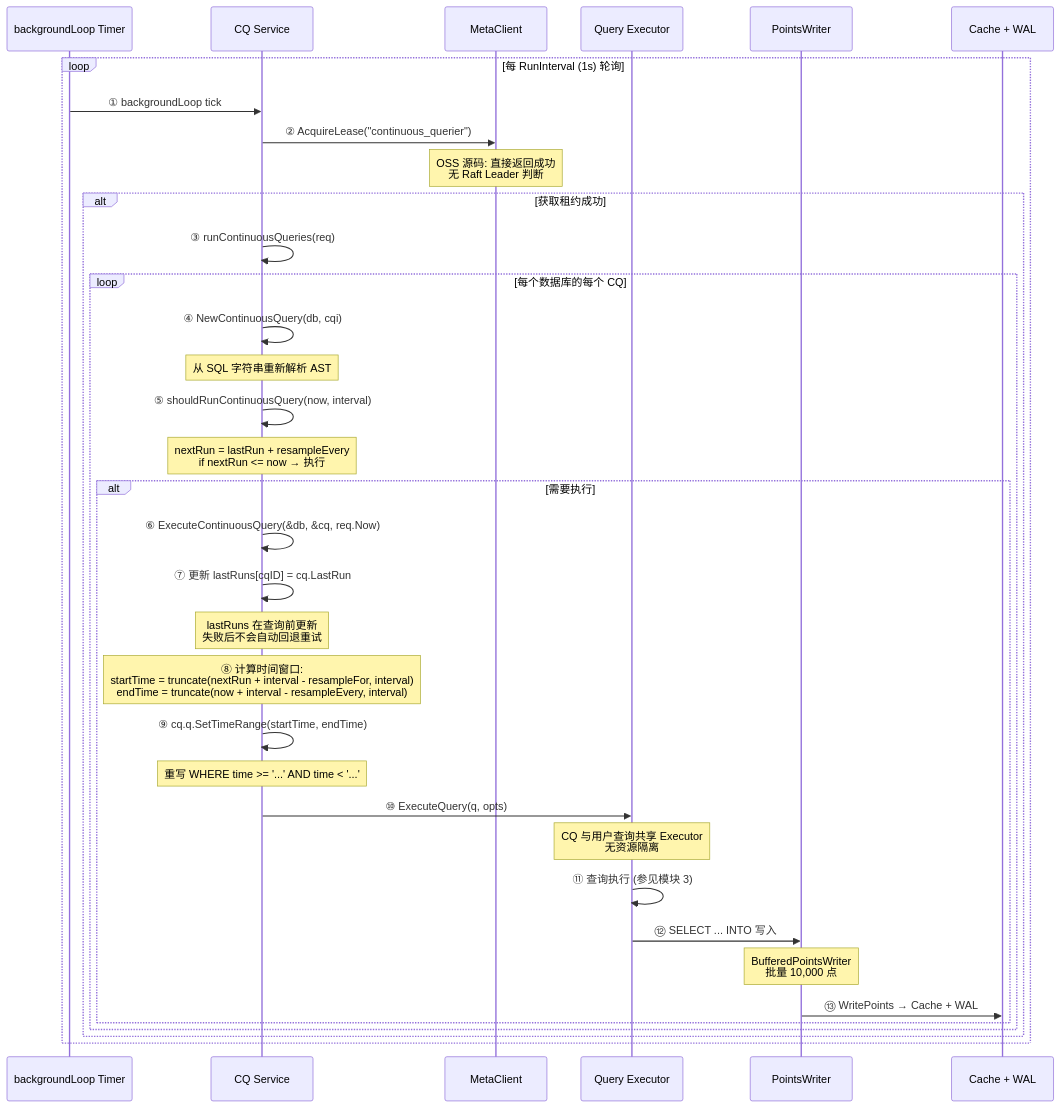
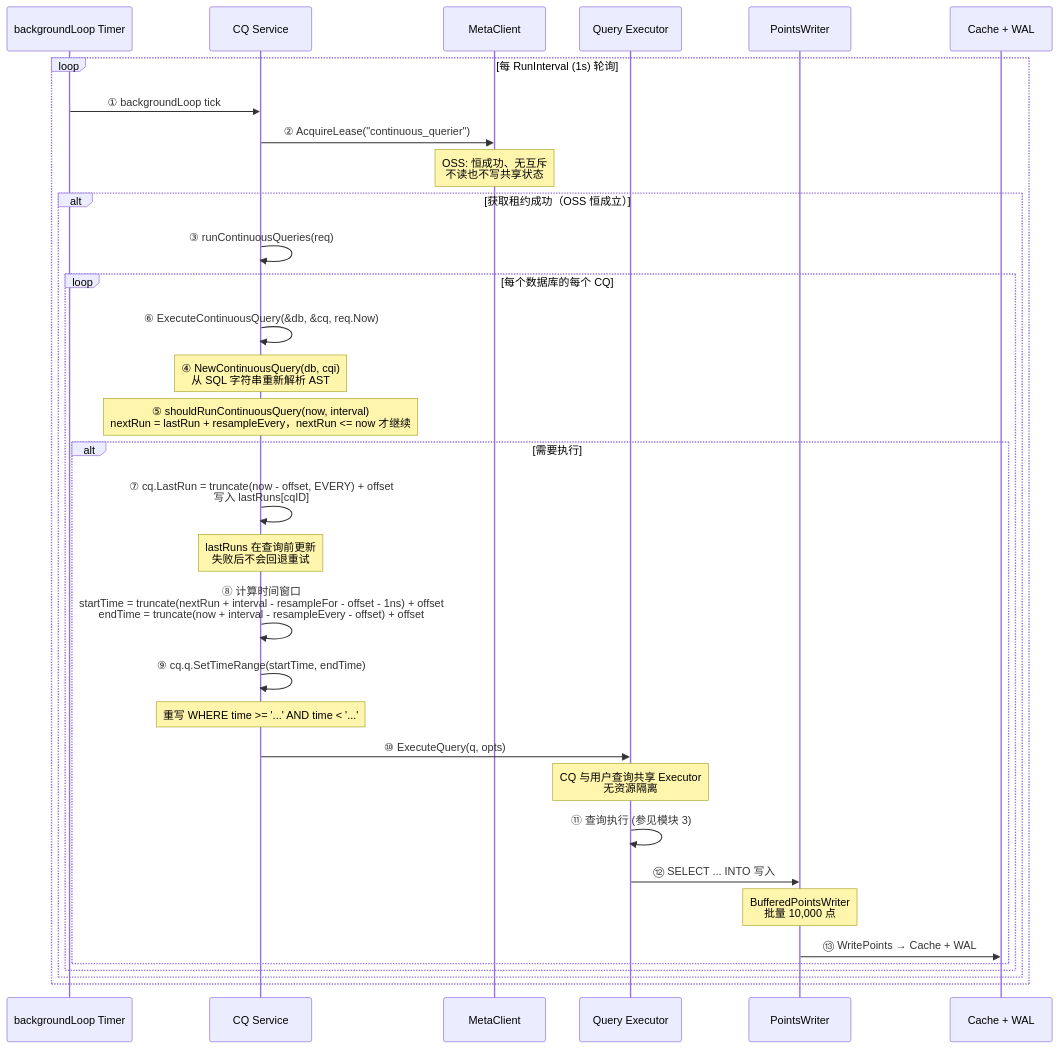
Before and after one commit to stefanv5/influxdb: the first of 16 diagrams in docs/specs/05_downsampling_spec.md, drawn with Mermaid. The commit also changed other lines of this file and 16 other files, not shown here.

First line of the commit message:
docs: correct and deepen the 17 architecture specs

````diff
--- a/docs/specs/05_downsampling_spec.md
+++ b/docs/specs/05_downsampling_spec.md
@@ -17,45 +17,42 @@
 ```mermaid
 sequenceDiagram
     participant Timer as backgroundLoop Timer
     participant Service as CQ Service
     participant MetaClient as MetaClient
     participant Executor as Query Executor
     participant PointsWriter as PointsWriter
     participant Cache as Cache + WAL
 
     loop 每 RunInterval (1s) 轮询
         Timer->>Service: ① backgroundLoop tick
         Service->>MetaClient: ② AcquireLease("continuous_querier")
-        Note over MetaClient: OSS 源码: 直接返回成功<br>无 Raft Leader 判断
+        Note over MetaClient: OSS: 恒成功、无互斥<br>不读也不写共享状态
 
-        alt 获取租约成功
+        alt 获取租约成功（OSS 恒成立）
             Service->>Service: ③ runContinuousQueries(req)
             loop 每个数据库的每个 CQ
-                Service->>Service: ④ NewContinuousQuery(db, cqi)
-                Note over Service: 从 SQL 字符串重新解析 AST
-
-                Service->>Service: ⑤ shouldRunContinuousQuery(now, interval)
-                Note over Service: nextRun = lastRun + resampleEvery<br>if nextRun <= now → 执行
+                Service->>Service: ⑥ ExecuteContinuousQuery(&db, &cq, req.Now)
+                Note over Service: ④ NewContinuousQuery(db, cqi)<br>从 SQL 字符串重新解析 AST
+                Note over Service: ⑤ shouldRunContinuousQuery(now, interval)<br>nextRun = lastRun + resampleEvery，nextRun <= now 才继续
 
                 alt 需要执行
-                    Service->>Service: ⑥ ExecuteContinuousQuery(&db, &cq, req.Now)
-                    Service->>Service: ⑦ 更新 lastRuns[cqID] = cq.LastRun
-                    Note over Service: lastRuns 在查询前更新<br>失败后不会自动回退重试
-                    Note over Service: ⑧ 计算时间窗口:<br>startTime = truncate(nextRun + interval - resampleFor, interval)<br>endTime = truncate(now + interval - resampleEvery, interval)
+                    Service->>Service: ⑦ cq.LastRun = truncate(now - offset, EVERY) + offset<br>写入 lastRuns[cqID]
+                    Note over Service: lastRuns 在查询前更新<br>失败后不会回退重试
+                    Service->>Service: ⑧ 计算时间窗口<br>startTime = truncate(nextRun + interval - resampleFor - offset - 1ns) + offset<br>endTime = truncate(now + interval - resampleEvery - offset) + offset
 
                     Service->>Service: ⑨ cq.q.SetTimeRange(startTime, endTime)
                     Note over Service: 重写 WHERE time >= '...' AND time < '...'
 
                     Service->>Executor: ⑩ ExecuteQuery(q, opts)
                     Note over Executor: CQ 与用户查询共享 Executor<br>无资源隔离
 
                     Executor->>Executor: ⑪ 查询执行 (参见模块 3)
                     Executor->>PointsWriter: ⑫ SELECT ... INTO 写入
                     Note over PointsWriter: BufferedPointsWriter<br>批量 10,000 点
 
                     PointsWriter->>Cache: ⑬ WritePoints → Cache + WAL
                 end
             end
         end
     end
 ```
````
